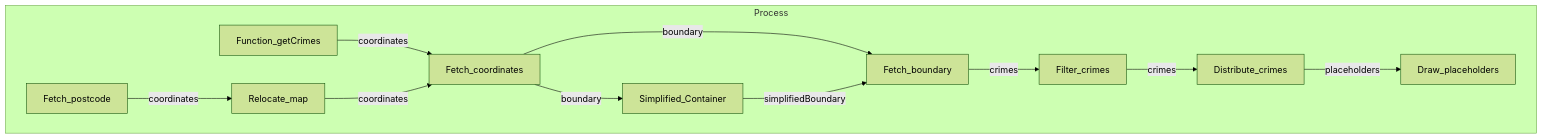
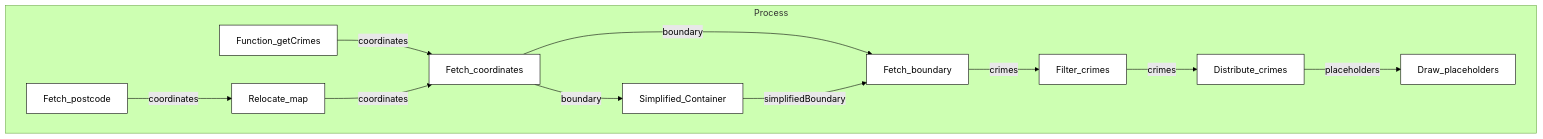
The diagram in README.md (FAC29A/Alex-Esti-Project), drawn with Mermaid (forest theme) before and after one commit.

````diff
--- a/README.md
+++ b/README.md
@@ -33,14 +33,25 @@
 ```mermaid
 graph TD
     subgraph Process
         Function_getCrimes-->|coordinates|Fetch_coordinates;
         Fetch_coordinates-->|boundary|Fetch_boundary;
         Fetch_boundary-->|crimes|Filter_crimes;
         Filter_crimes-->|crimes|Distribute_crimes;
         Distribute_crimes-->|placeholders|Draw_placeholders;
         Fetch_coordinates-->|boundary|Simplified_Container;
         Simplified_Container-->|simplifiedBoundary|Fetch_boundary;
         Fetch_postcode-->|coordinates|Relocate_map;
         Relocate_map-->|coordinates|Fetch_coordinates;
     end
+
+classDef default fill:#ffffff,stroke:#000000,stroke-width:1px;
+    class Function_getCrimes default
+    class Fetch_coordinates default
+    class Fetch_boundary default
+    class Filter_crimes default
+    class Distribute_crimes default
+    class Draw_placeholders default
+    class Simplified_Container default
+    class Fetch_postcode default
+    class Relocate_map default
 ```
````
